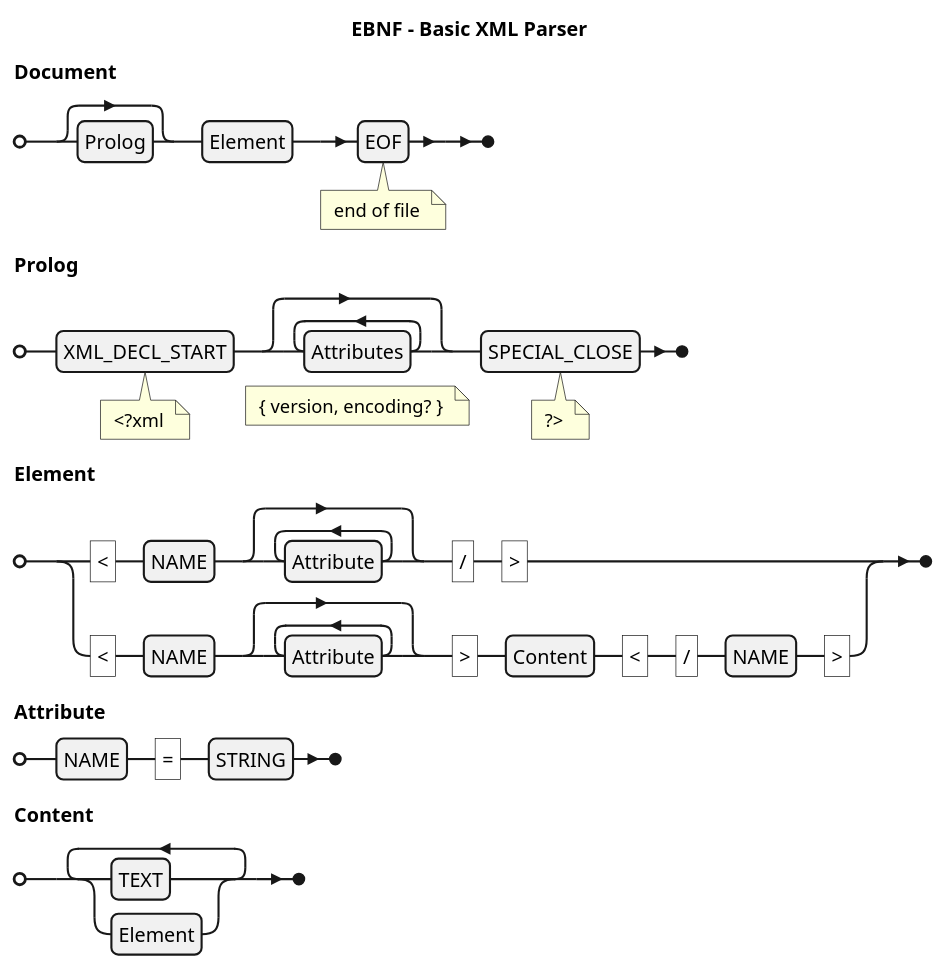
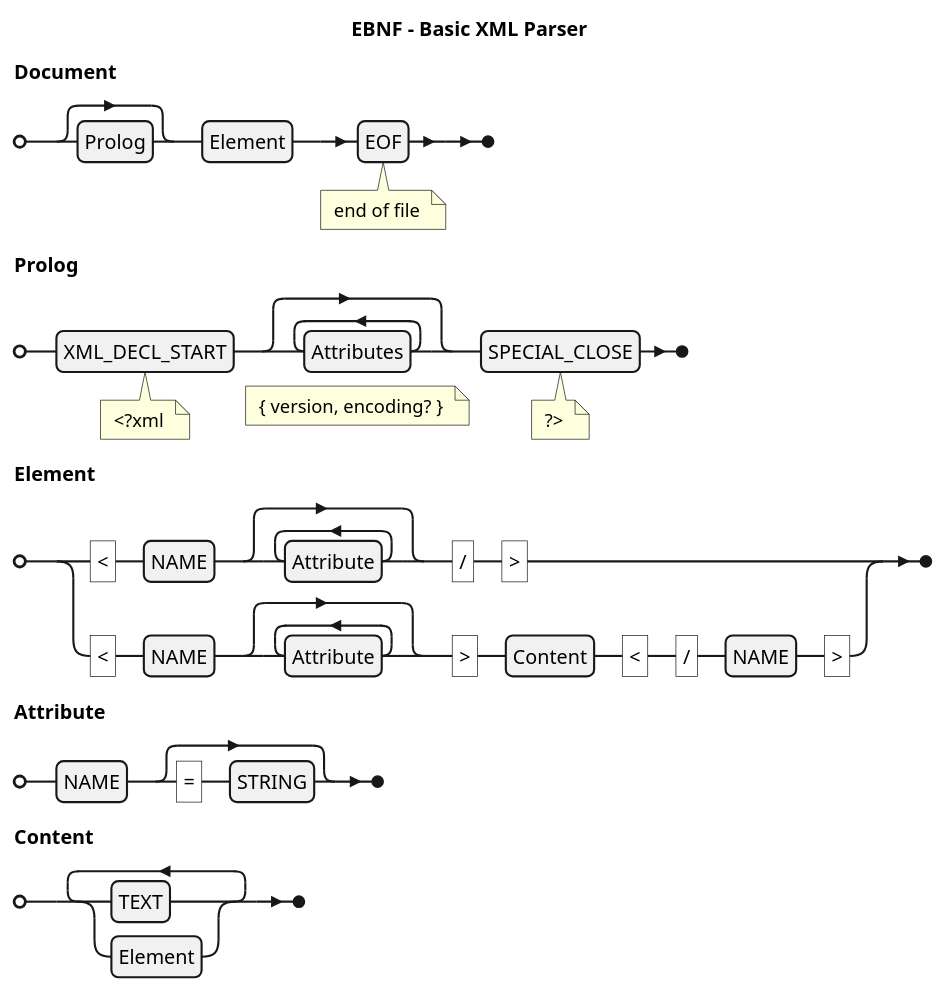
The diagram in implementations/ts-parser-xml/assets/plantuml/parser-xml.plantuml (erkobridee/ds-ast), drawn with PlantUML before and after one commit. The commit also changed 4 other files, not shown here.

```diff
--- a/implementations/ts-parser-xml/assets/plantuml/parser-xml.plantuml
+++ b/implementations/ts-parser-xml/assets/plantuml/parser-xml.plantuml
@@ -1,23 +1,23 @@
 @startebnf
 title EBNF - Basic XML Parser
 
 
 Document = [ Prolog ] , Element , EOF (* end of file *) ;
 
 Prolog = XML_DECL_START (* <?xml *) , { Attributes } (* { version, encoding? } *) , SPECIAL_CLOSE (* ?> *) ;
 
 Element = (
     "<" , NAME , { Attribute } , "/" , ">" |
     "<" , NAME , { Attribute } , ">" , Content , "<" , "/" , NAME , ">"
   ) 
   ;
 
-Attribute = NAME , "=" , STRING ;
+Attribute = NAME , [ "=" , STRING ] ;
 
 Content = { ( 
     TEXT |
     Element
   ) }-
   ;
 
 @endebnf
```
